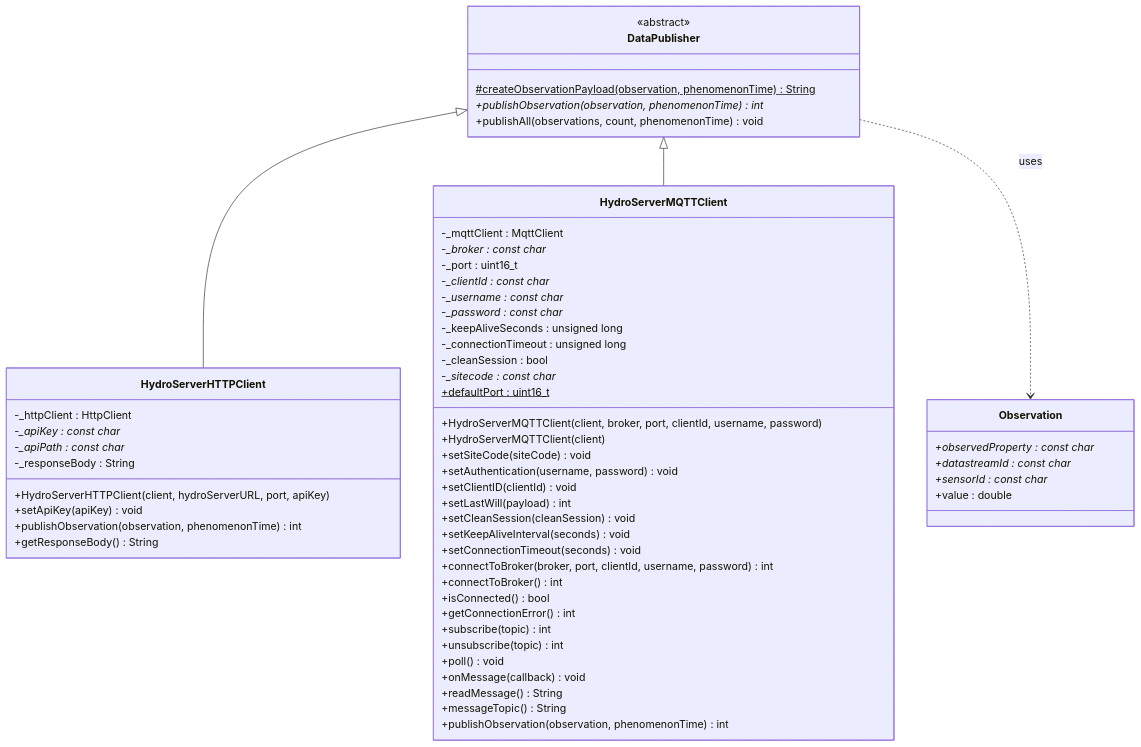
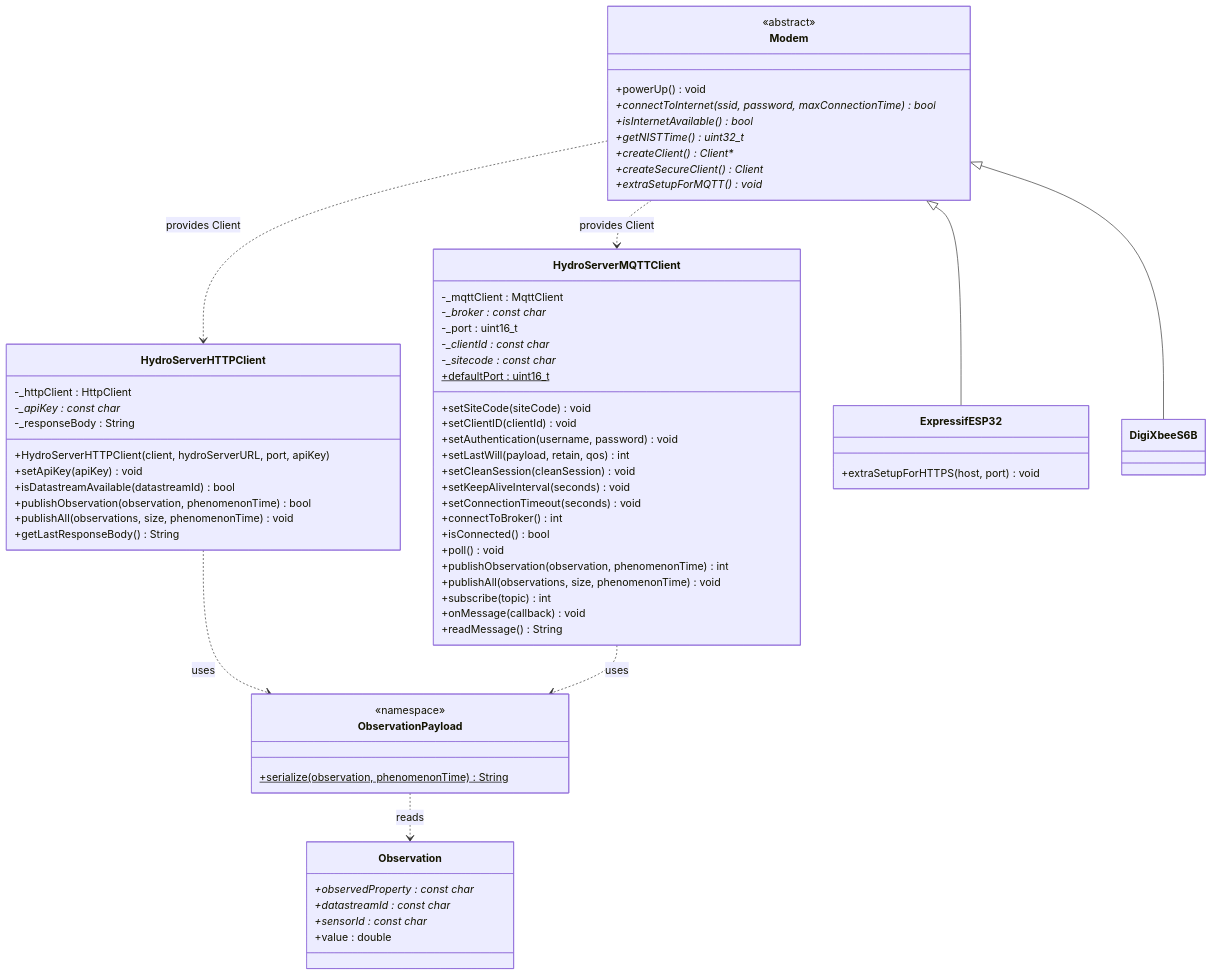
Before and after one commit to S-Panta/HydroServerArduinoClient: the diagram in docs/architecture.md, drawn with Mermaid. The commit also changed other lines of this file and 2 other files, not shown here.

````diff
--- a/docs/architecture.md
+++ b/docs/architecture.md
@@ -8,65 +40,74 @@
 ```mermaid
 classDiagram
     class Observation {
         +observedProperty : const char*
         +datastreamId : const char*
         +sensorId : const char*
         +value : double
     }
 
-    class DataPublisher {
-        <<abstract>>
-        #createObservationPayload(observation, phenomenonTime) String$
-        +publishObservation(observation, phenomenonTime) int*
-        +publishAll(observations, count, phenomenonTime) void
+    class ObservationPayload {
+        <<namespace>>
+        +serialize(observation, phenomenonTime) String$
     }
 
     class HydroServerHTTPClient {
         -_httpClient : HttpClient
         -_apiKey : const char*
-        -_apiPath : const char*
         -_responseBody : String
         +HydroServerHTTPClient(client, hydroServerURL, port, apiKey)
         +setApiKey(apiKey) void
-        +publishObservation(observation, phenomenonTime) int
-        +getResponseBody() String
+        +isDatastreamAvailable(datastreamId) bool
+        +publishObservation(observation, phenomenonTime) bool
+        +publishAll(observations, size, phenomenonTime) void
+        +getLastResponseBody() String
     }
 
     class HydroServerMQTTClient {
         -_mqttClient : MqttClient
         -_broker : const char*
         -_port : uint16_t
         -_clientId : const char*
-        -_username : const char*
-        -_password : const char*
-        -_keepAliveSeconds : unsigned long
-        -_connectionTimeout : unsigned long
-        -_cleanSession : bool
         -_sitecode : const char*
         +defaultPort : uint16_t$
-        +HydroServerMQTTClient(client, broker, port, clientId, username, password)
-        +HydroServerMQTTClient(client)
         +setSiteCode(siteCode) void
+        +setClientID(clientId) void
         +setAuthentication(username, password) void
-        +setClientID(clientId) void
-        +setLastWill(payload) int
+        +setLastWill(payload, retain, qos) int
         +setCleanSession(cleanSession) void
         +setKeepAliveInterval(seconds) void
         +setConnectionTimeout(seconds) void
-        +connectToBroker(broker, port, clientId, username, password) int
         +connectToBroker() int
         +isConnected() bool
-        +getConnectionError() int
+        +poll() void
+        +publishObservation(observation, phenomenonTime) int
+        +publishAll(observations, size, phenomenonTime) void
         +subscribe(topic) int
-        +unsubscribe(topic) int
-        +poll() void
         +onMessage(callback) void
         +readMessage() String
-        +messageTopic() String
-        +publishObservation(observation, phenomenonTime) int
     }
 
-    DataPublisher <|-- HydroServerHTTPClient
-    DataPublisher <|-- HydroServerMQTTClient
-    DataPublisher ..> Observation : uses
+    class Modem {
+        <<abstract>>
+        +powerUp() void
+        +connectToInternet(ssid, password, maxConnectionTime) bool*
+        +isInternetAvailable() bool*
+        +getNISTTime() uint32_t*
+        +createClient() Client**
+        +createSecureClient() Client*
+        +extraSetupForMQTT() void*
+    }
+
+    class ExpressifESP32 {
+        +extraSetupForHTTPS(host, port) void
+    }
+    class DigiXbeeS6B
+
+    Modem <|-- ExpressifESP32
+    Modem <|-- DigiXbeeS6B
+    HydroServerHTTPClient ..> ObservationPayload : uses
+    HydroServerMQTTClient ..> ObservationPayload : uses
+    ObservationPayload ..> Observation : reads
+    Modem ..> HydroServerMQTTClient : provides Client
+    Modem ..> HydroServerHTTPClient : provides Client
 ```
````
